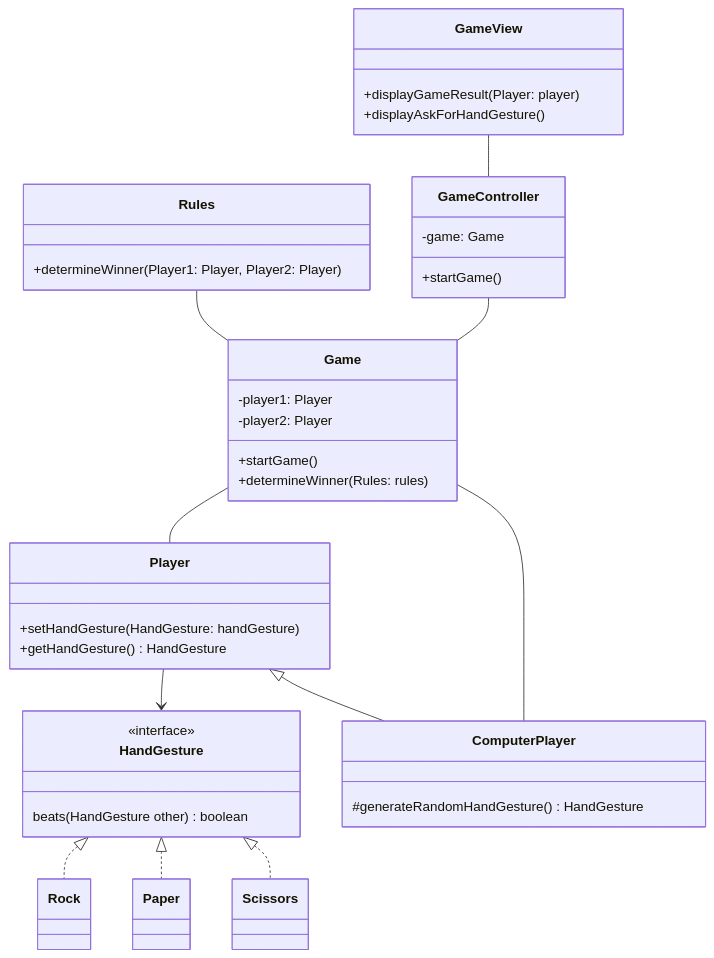
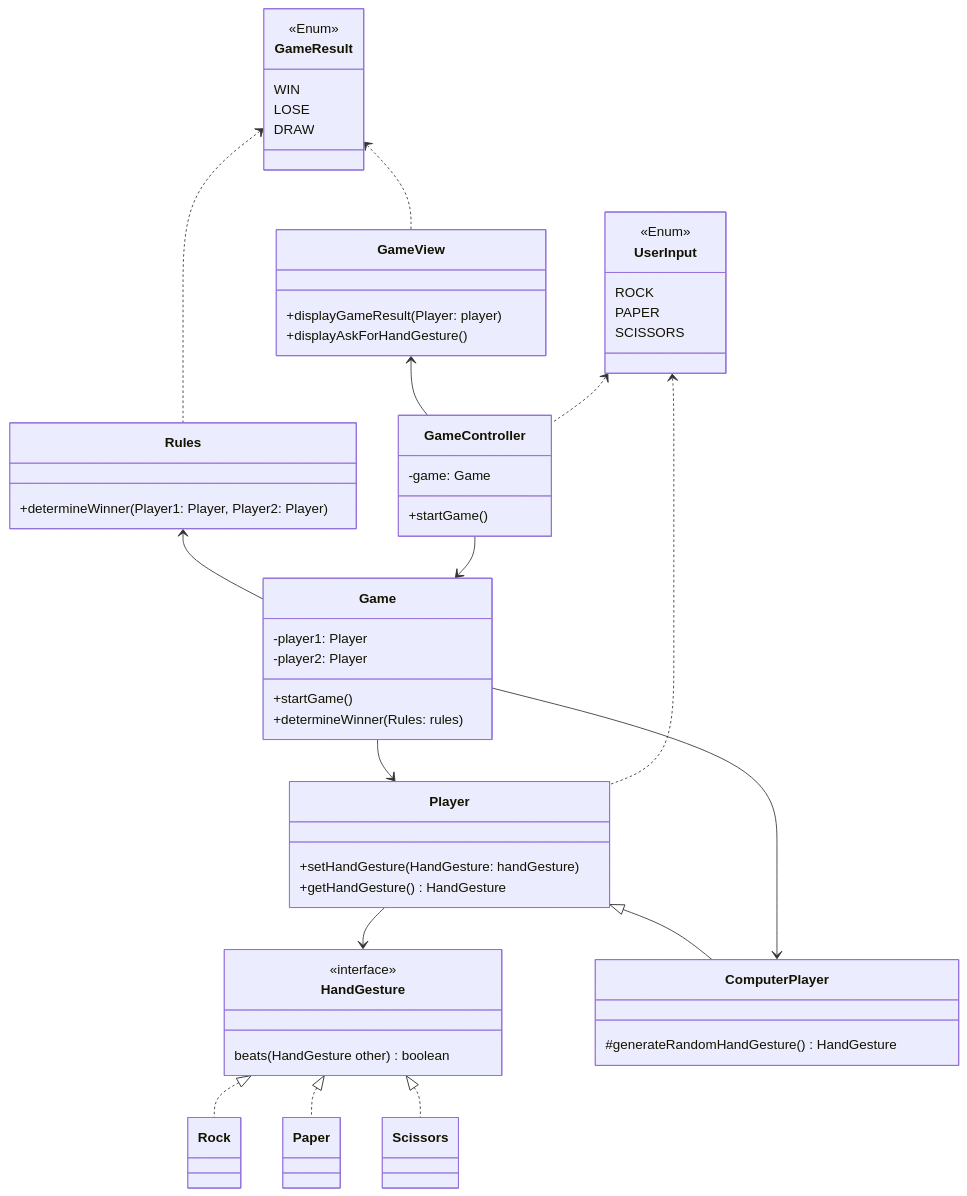
Before and after one commit to Witten2002/1dv609-Assignment1-part2: the diagram in Design.md, drawn with Mermaid. The commit also changed 8 other files, not shown here.

````diff
--- a/Design.md
+++ b/Design.md
@@ -40,26 +40,46 @@
   +determineWinner(Rules: rules)
 }
 
-Game -- Player
-Game -- ComputerPlayer
+Game --> Player
+Game --> ComputerPlayer
 
 class Rules {
   +determineWinner(Player1: Player, Player2: Player)
 }
 
-Rules -- Game
+Rules <-- Game
 
 class GameController {
   -game: Game
   +startGame()
 }
 
-GameController -- Game
+GameController --> Game
 
 class GameView {
   +displayGameResult(Player: player)
   +displayAskForHandGesture()
 }
 
-GameView -- GameController
+GameView <-- GameController
+
+class UserInput {
+  <<Enum>>
+  ROCK
+  PAPER
+  SCISSORS
+}
+
+UserInput <.. Player
+UserInput <.. GameController
+
+class GameResult {
+  <<Enum>>
+  WIN
+  LOSE
+  DRAW
+}
+
+GameResult <.. GameView
+GameResult <.. Rules
 ```
````
